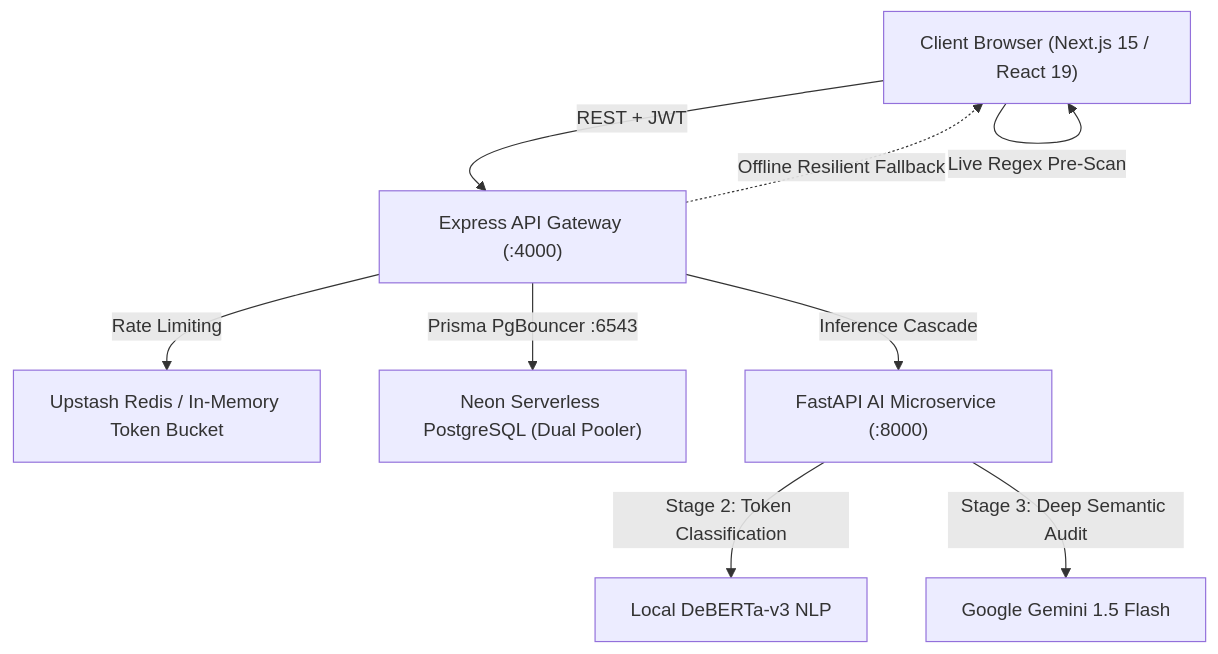
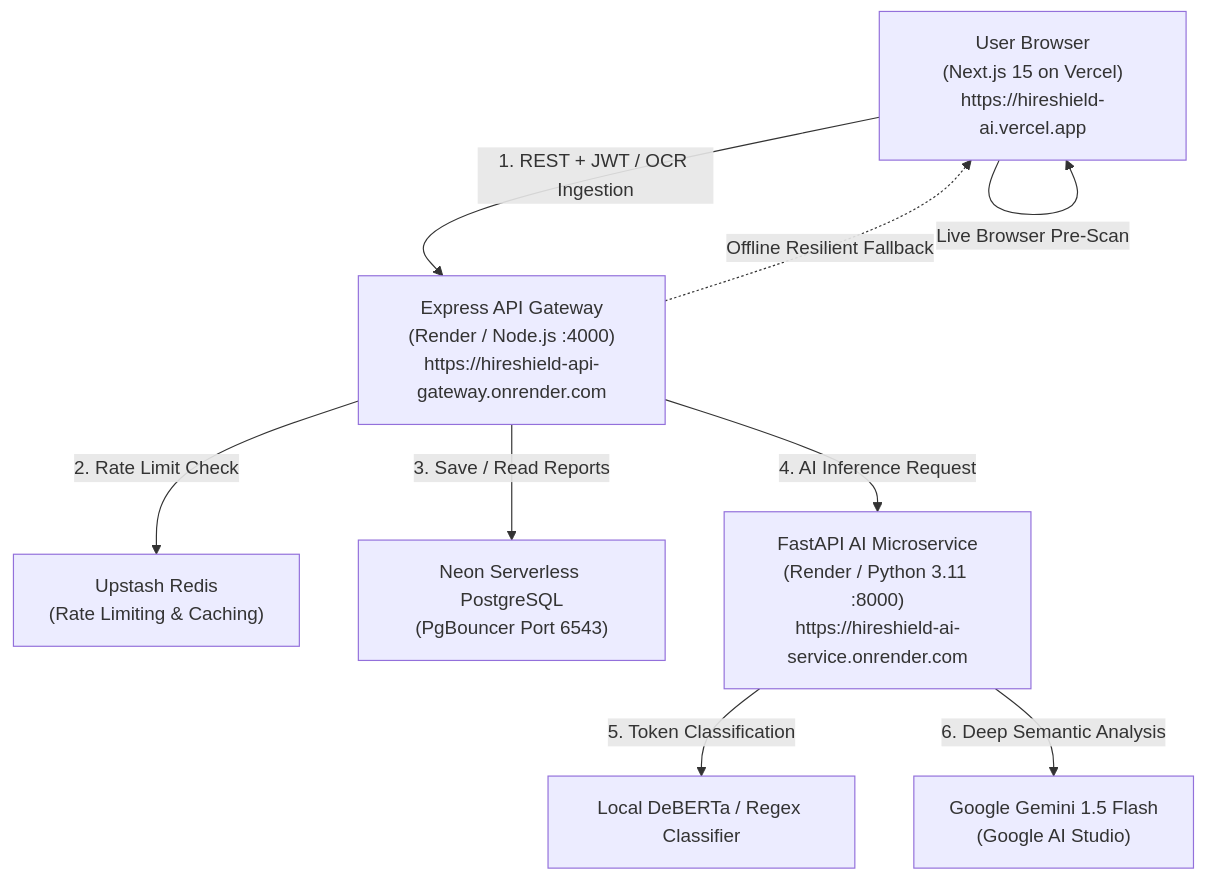
The diagram in PROJECT_EXPLAIN.md (akarsh957/hireshield-ai), drawn with Mermaid before and after one commit. The commit also changed other lines of this file, not shown here.

Commit message:
docs: simplify PROJECT_EXPLAIN.md with 30s pitch, live URLs, OCR details, and deployment Q&A

````diff
--- a/PROJECT_EXPLAIN.md
+++ b/PROJECT_EXPLAIN.md
@@ -39,19 +70,19 @@
 ```mermaid
 graph TD
-    Client["Client Browser (Next.js 15 / React 19)"]
-    Gateway["Express API Gateway (:4000)"]
-    Redis["Upstash Redis / In-Memory Token Bucket"]
-    Neon["Neon Serverless PostgreSQL (Dual Pooler)"]
-    AIService["FastAPI AI Microservice (:8000)"]
-    Gemini["Google Gemini 1.5 Flash"]
-    DeBERTa["Local DeBERTa-v3 NLP"]
+    Client["User Browser\n(Next.js 15 on Vercel)\nhttps://hireshield-ai.vercel.app"]
+    Gateway["Express API Gateway\n(Render / Node.js :4000)\nhttps://hireshield-api-gateway.onrender.com"]
+    Redis["Upstash Redis\n(Rate Limiting & Caching)"]
+    Neon["Neon Serverless PostgreSQL\n(PgBouncer Port 6543)"]
+    AIService["FastAPI AI Microservice\n(Render / Python 3.11 :8000)\nhttps://hireshield-ai-service.onrender.com"]
+    Gemini["Google Gemini 1.5 Flash\n(Google AI Studio)"]
+    DeBERTa["Local DeBERTa / Regex Classifier"]
 
-    Client -->|REST + JWT| Gateway
-    Client -->|Live Regex Pre-Scan| Client
-    Gateway -->|Rate Limiting| Redis
-    Gateway -->|Prisma PgBouncer :6543| Neon
-    Gateway -->|Inference Cascade| AIService
-    AIService -->|Stage 2: Token Classification| DeBERTa
-    AIService -->|Stage 3: Deep Semantic Audit| Gemini
+    Client -->|1. REST + JWT / OCR Ingestion| Gateway
+    Client -->|Live Browser Pre-Scan| Client
+    Gateway -->|2. Rate Limit Check| Redis
+    Gateway -->|3. Save / Read Reports| Neon
+    Gateway -->|4. AI Inference Request| AIService
+    AIService -->|5. Token Classification| DeBERTa
+    AIService -->|6. Deep Semantic Analysis| Gemini
     Gateway -.->|Offline Resilient Fallback| Client
 ```
````
